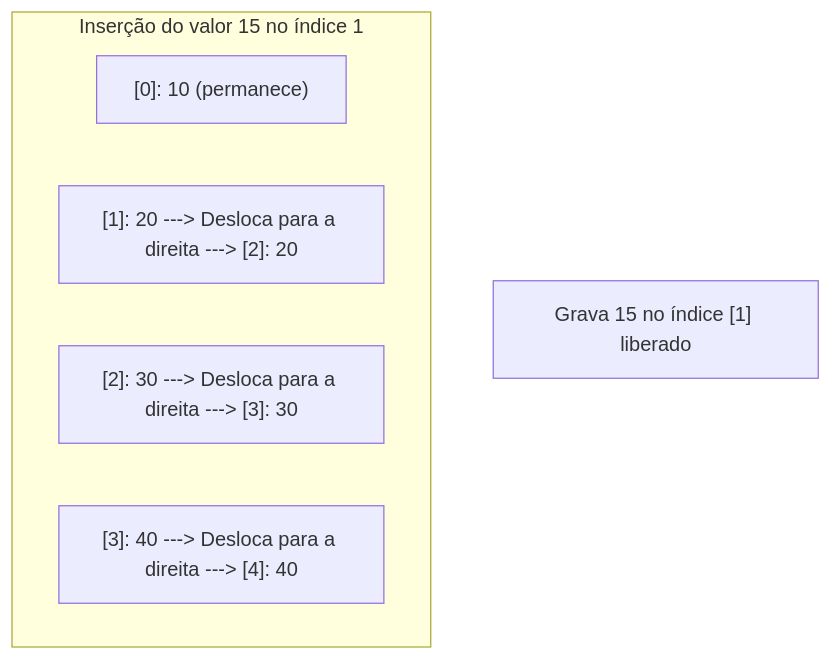
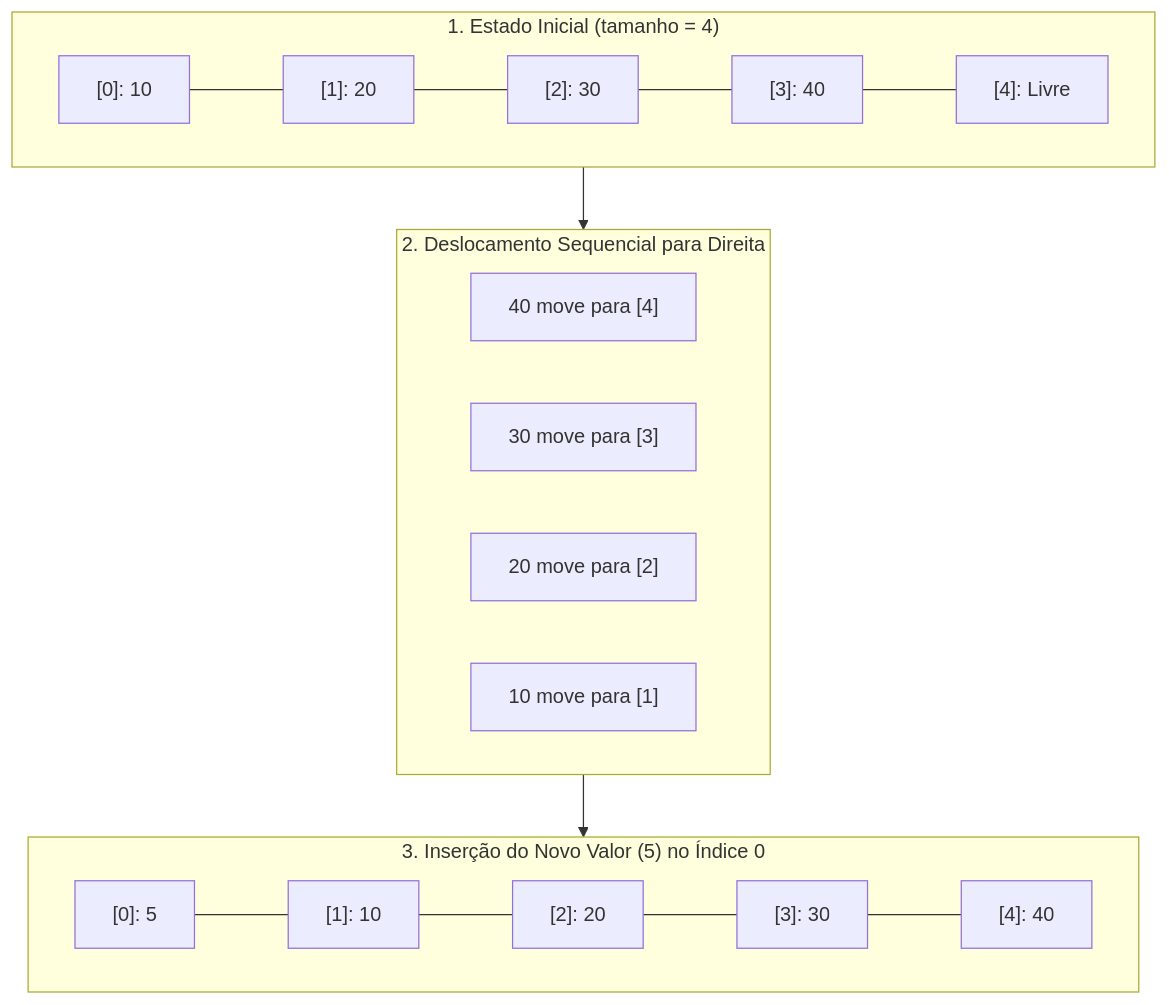
Before and after one commit to murilolol/unifef: diagram 12 of 27 in 4º Semestre/[Prof. Wesley Soares] Estrutura de Dados I/Resumos-IA/Caderno-Consolidado.md, drawn with Mermaid. The commit also changed other lines of this file and 58 other files, not shown here.

````diff
--- a/4º Semestre/[Prof. Wesley Soares] Estrutura de Dados I/Resumos-IA/Caderno-Consolidado.md
+++ b/4º Semestre/[Prof. Wesley Soares] Estrutura de Dados I/Resumos-IA/Caderno-Consolidado.md
@@ -706,10 +546,19 @@
 ```mermaid
 flowchart TD
-    subgraph InsercaoDeslocamento["Inserção do valor 15 no índice 1"]
-        E0["[0]: 10 (permanece)"]
-        E1["[1]: 20 ---> Desloca para a direita ---> [2]: 20"]
-        E2["[2]: 30 ---> Desloca para a direita ---> [3]: 30"]
-        E3["[3]: 40 ---> Desloca para a direita ---> [4]: 40"]
-    end
-    Novo["Grava 15 no índice [1] liberado"]
+  subgraph Inicial["1. Estado Inicial (tamanho = 4)"]
+    A0["[0]: 10"] --- A1["[1]: 20"] --- A2["[2]: 30"] --- A3["[3]: 40"] --- A4["[4]: Livre"]
+  end
+
+  subgraph Deslocamento["2. Deslocamento Sequencial para Direita"]
+    M3["40 move para [4]"]
+    M2["30 move para [3]"]
+    M1["20 move para [2]"]
+    M0["10 move para [1]"]
+  end
+
+  subgraph Final["3. Inserção do Novo Valor (5) no Índice 0"]
+    F0["[0]: 5"] --- F1["[1]: 10"] --- F2["[2]: 20"] --- F3["[3]: 30"] --- F4["[4]: 40"]
+  end
+
+  Inicial --> Deslocamento --> Final
 ```
````
